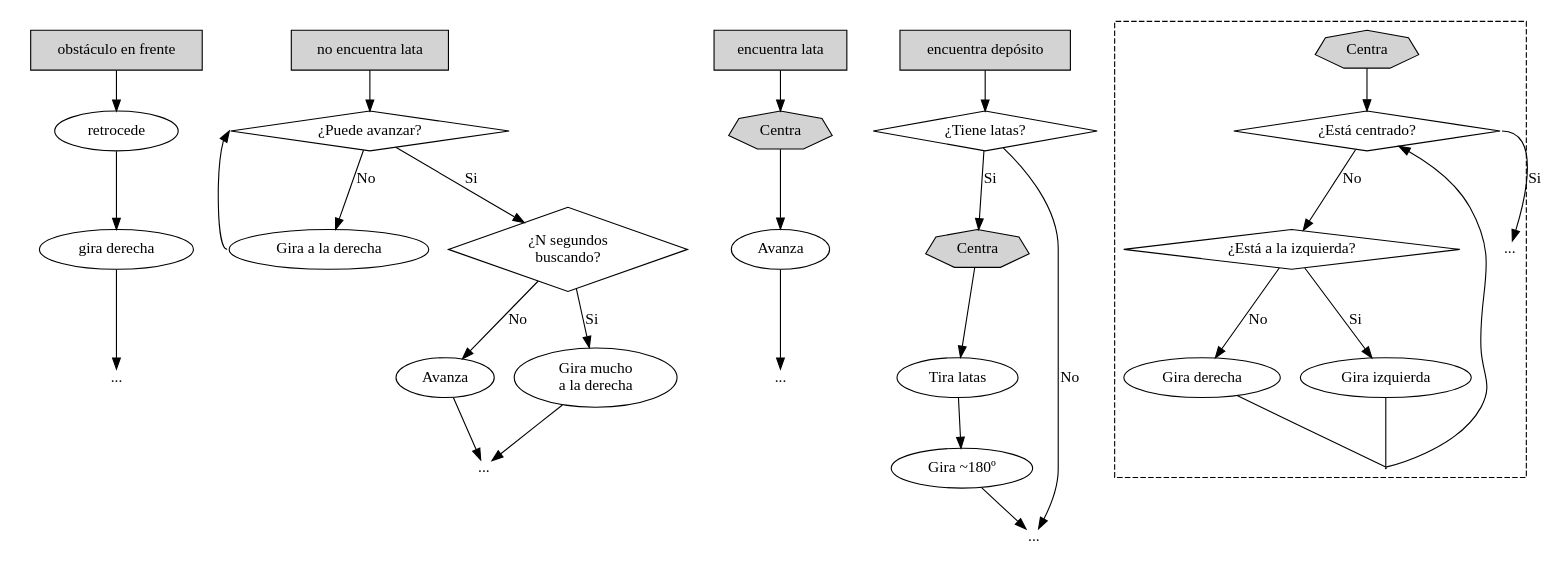
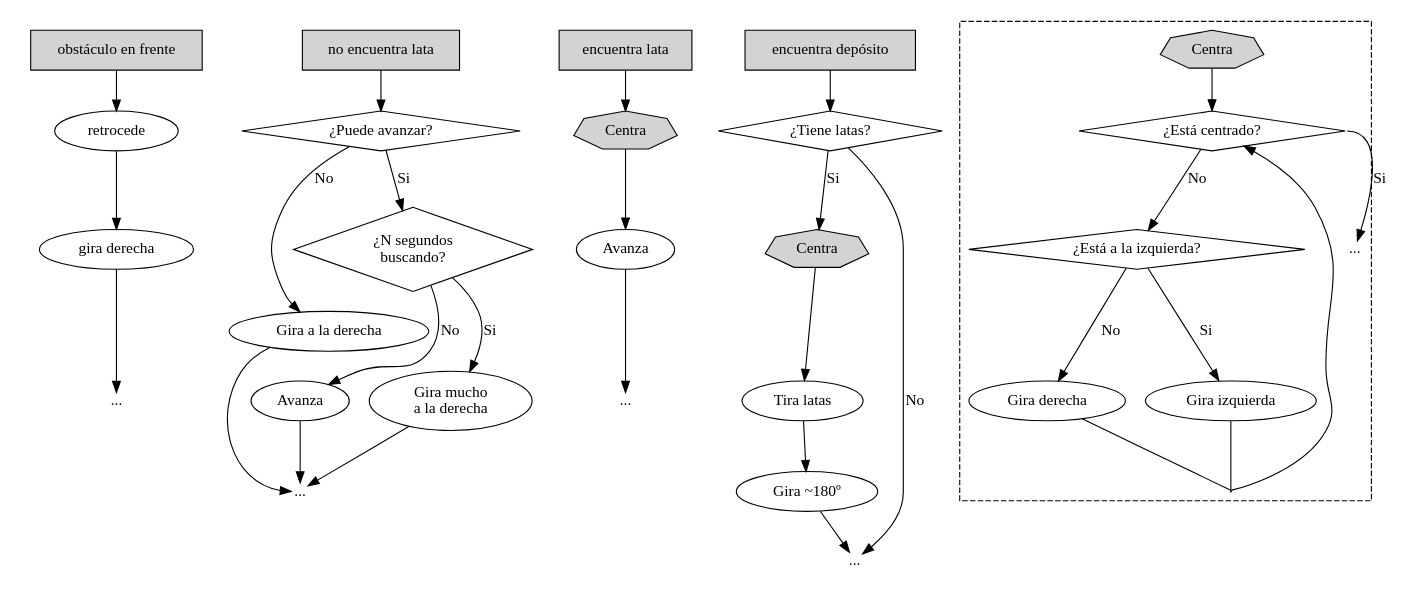
The diagram in raspi/graphs/dd.dot (boribs/arenito-galacticos), drawn with Graphviz before and after one commit. The commit also changed 1 other file, not shown here.

```diff
--- a/raspi/graphs/dd.dot
+++ b/raspi/graphs/dd.dot
@@ -1,74 +1,74 @@
 digraph G {
     subgraph cluster_obstáculo_en_frente {
         graph [style = invis]
 
         starto [style = filled; shape = box; label = "obstáculo en frente"]
         endo [shape = plain; label = "..."]
         i1o [label = "retrocede"]
         i2o [label = "gira derecha"]
 
         starto -> i1o -> i2o -> endo
     }
 
     subgraph cluster_no_encuentra_lata {
         graph [style = invis]
         starta [style = filled; shape = box; label = "no encuentra lata"]
         q1a [shape = diamond; label = "¿Puede avanzar?"]
         d1a [label = "Gira a la derecha"]
         a1a [label = "Avanza"]
         q2a [shape = diamond; label = "¿N segundos\nbuscando?"]
         a2a [label = "Gira mucho\na la derecha"]
         enda [shape = plain; label = "..."]
 
         starta -> q1a
         q1a -> d1a [label = "No"]
-        d1a -> q1a [tailport = w; headport = w]
+        d1a -> enda [headport = w]
         q1a -> q2a [label = "Si"]
         q2a -> a2a [label = "Si"]
         q2a -> a1a [label = "No"]
         a1a, a2a -> enda
     }
 
     subgraph cluster_encuentra_lata {
         graph [style = invis]
         startb [style = filled; shape = box; label = "encuentra lata"]
         centrab [style = filled; shape = septagon; label = "Centra"]
         endb [shape = plain; label = "..."]
 
         startb -> centrab -> Avanza -> endb
     }
 
     subgraph cluster_encontro_deposito {
         graph [style = invis]
         startc [style = filled; shape = box; label = "encuentra depósito"]
         q1c [shape = diamond; label = "¿Tiene latas?"]
         i1c [label = "Tira latas"]
         i2c [label = "Gira ~180º"]
         centrac [style = filled; shape = septagon; label = "Centra"]
         endc [shape = plain; label = "..."]
 
         startc -> q1c
         q1c -> endc [label = "No"]
         q1c -> centrac [label = "Si"]
         centrac -> i1c -> i2c -> endc
     }
 
     subgraph cluster_centra {
         graph [style = dashed]
         centra [style = filled; shape = septagon; label = "Centra"]
         q1ce [shape = diamond; label = "¿Está centrado?"]
         q2ce [shape = diamond; label = "¿Está a la izquierda?"]
         i1ce [label = "Gira izquierda"]
         i2ce [label = "Gira derecha"]
         endce [shape = plain; label = "..."]
         d1 [shape = point, width = 0.01, height = 0.01]
 
         centra -> q1ce
         q1ce -> endce [label = "Si"; tailport = e]
         q1ce -> q2ce [label = "No"]
         q2ce -> i1ce [label = "Si"]
         q2ce -> i2ce [label = "No"]
         i1ce, i2ce -> d1 [dir = none]
         d1 -> q1ce
     }
 }
```
